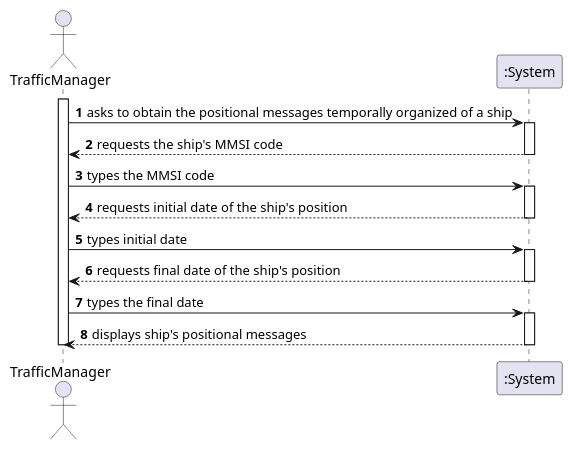
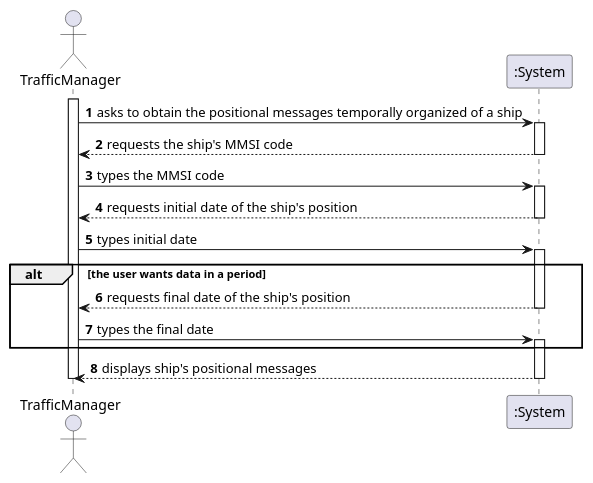
One commit to ana-albergaria/LAPR3-ISEP changed the diagram in docs/US103/US103_SSD.puml. Above: the diagram before and after it, drawn with PlantUML. The commit also changed 1 other file, not shown here.

Commit message:
G54-3 #comment Fixing SSD Diagram

```diff
--- a/docs/US103/US103_SSD.puml
+++ b/docs/US103/US103_SSD.puml
@@ -1,26 +1,28 @@
 @startuml
 
 autonumber
 actor TrafficManager as TM
 
 activate TM
 TM -> ":System" : asks to obtain the positional messages temporally organized of a ship
 activate ":System"
 ":System" --> TM : requests the ship's MMSI code
 deactivate ":System"
 TM -> ":System" : types the MMSI code
 activate ":System"
 ":System" --> TM : requests initial date of the ship's position
 deactivate ":System"
 TM -> ":System" : types initial date
 activate ":System"
+alt the user wants data in a period
 ":System" --> TM : requests final date of the ship's position
 deactivate ":System"
 TM -> ":System" : types the final date
 activate ":System"
+end
 ":System" --> TM : displays ship's positional messages
 deactivate ":System"
 
 deactivate TM
 
 @enduml
```
